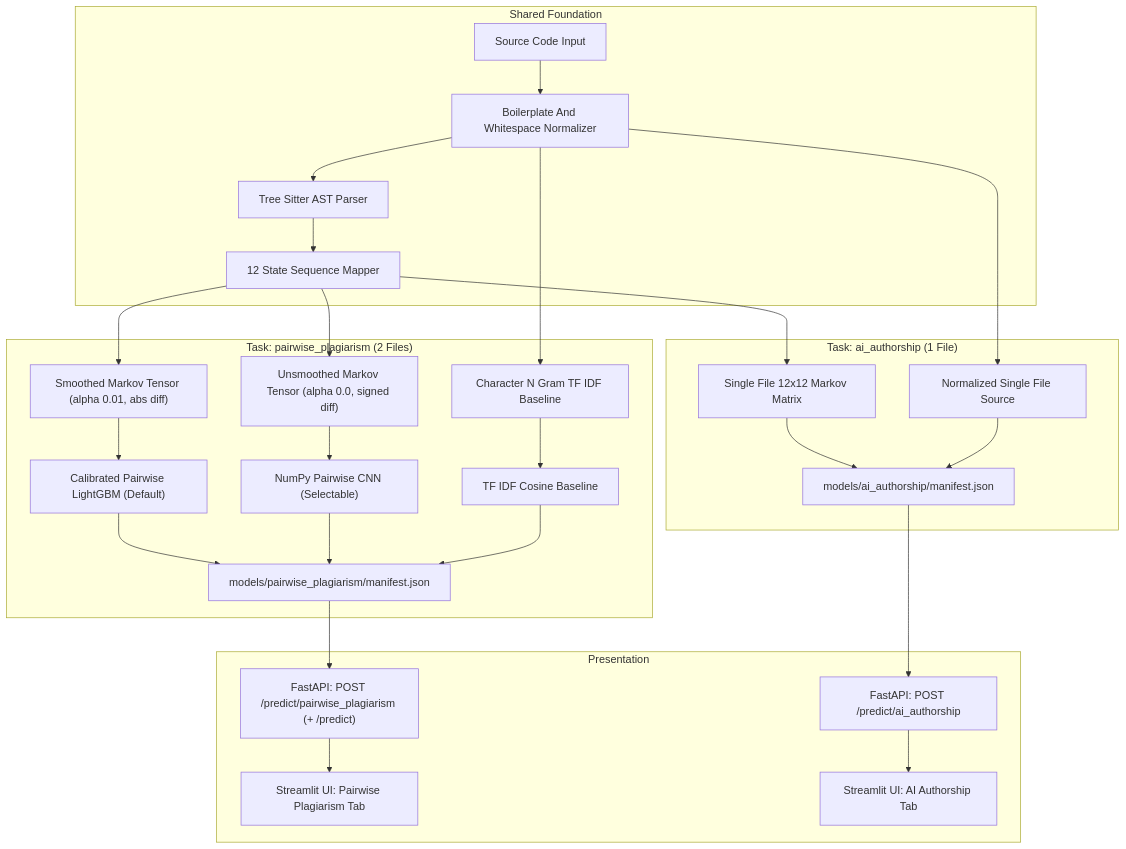
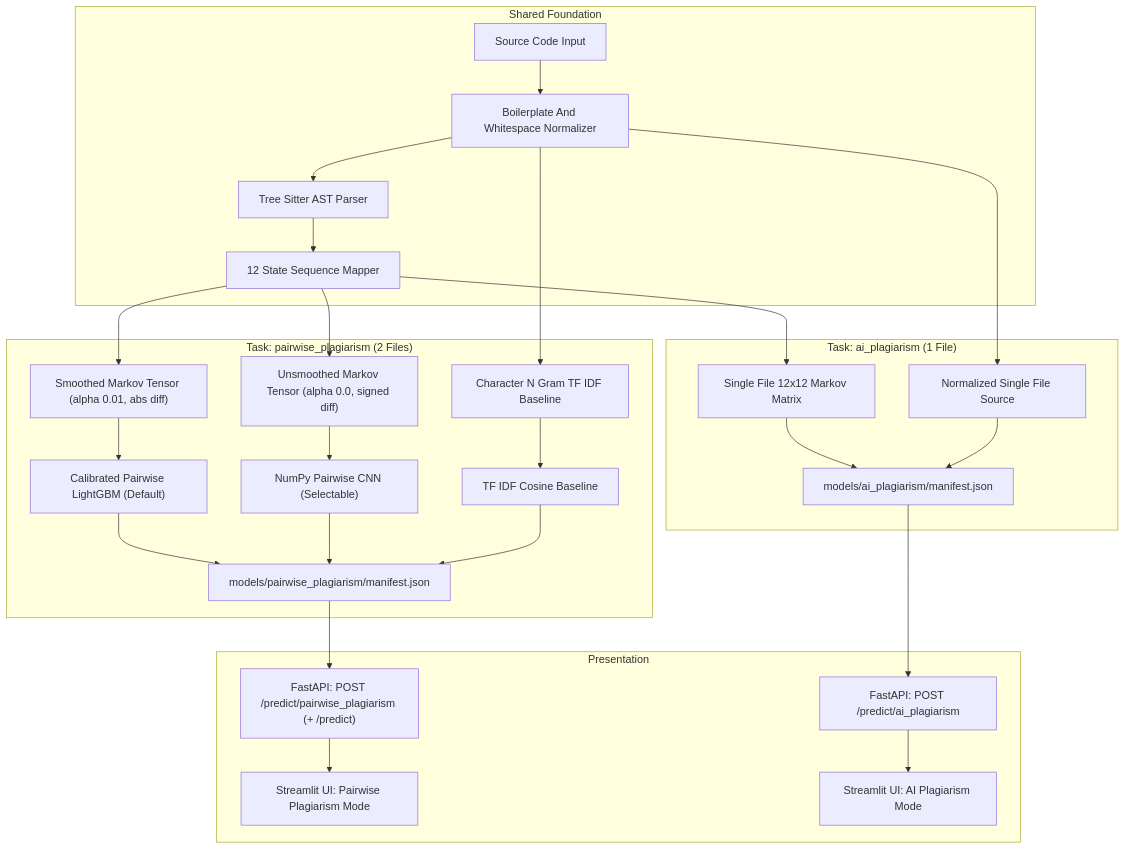
The diagram in docs/architecture.mmd (dokyuhan/TC3002B_reto), drawn with Mermaid before and after one commit. The commit also changed 8 other files, not shown here.

Commit message:
feat: rename ai_authorship to ai_plagiarism and apply Streamlit UI feedback

```diff
--- a/docs/architecture.mmd
+++ b/docs/architecture.mmd
@@ -1,32 +1,32 @@
 flowchart TD
     subgraph SharedFoundation["Shared Foundation"]
         A1["Source Code Input"] --> B1["Boilerplate And Whitespace Normalizer"]
         B1 --> C1["Tree Sitter AST Parser"]
         C1 --> D1["12 State Sequence Mapper"]
     end
 
     subgraph PairwisePlagiarism["Task: pairwise_plagiarism (2 Files)"]
         D1 --> P1["Smoothed Markov Tensor (alpha 0.01, abs diff)"]
         D1 --> P2["Unsmoothed Markov Tensor (alpha 0.0, signed diff)"]
         B1 --> P3["Character N Gram TF IDF Baseline"]
         P1 --> PM1["Calibrated Pairwise LightGBM (Default)"]
         P2 --> PM2["NumPy Pairwise CNN (Selectable)"]
         P3 --> PM3["TF IDF Cosine Baseline"]
         PM1 --> PR["models/pairwise_plagiarism/manifest.json"]
         PM2 --> PR
         PM3 --> PR
     end
 
-    subgraph AiAuthorship["Task: ai_authorship (1 File)"]
+    subgraph AiPlagiarism["Task: ai_plagiarism (1 File)"]
         D1 --> AI1["Single File 12x12 Markov Matrix"]
         B1 --> AI2["Normalized Single File Source"]
-        AI1 --> AIR["models/ai_authorship/manifest.json"]
+        AI1 --> AIR["models/ai_plagiarism/manifest.json"]
         AI2 --> AIR
     end
 
     subgraph ServiceLayer["Presentation"]
         PR --> H1["FastAPI: POST /predict/pairwise_plagiarism (+ /predict)"]
-        AIR --> H2["FastAPI: POST /predict/ai_authorship"]
-        H1 --> I1["Streamlit UI: Pairwise Plagiarism Tab"]
-        H2 --> I2["Streamlit UI: AI Authorship Tab"]
+        AIR --> H2["FastAPI: POST /predict/ai_plagiarism"]
+        H1 --> I1["Streamlit UI: Pairwise Plagiarism Mode"]
+        H2 --> I2["Streamlit UI: AI Plagiarism Mode"]
     end
```
